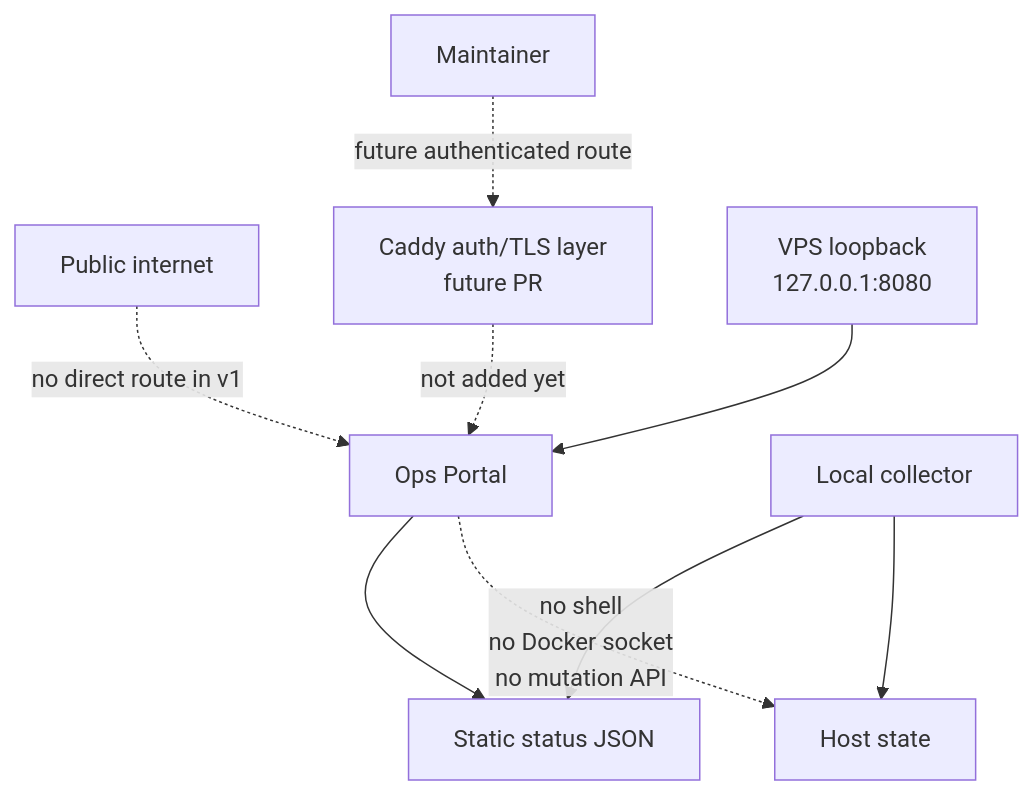
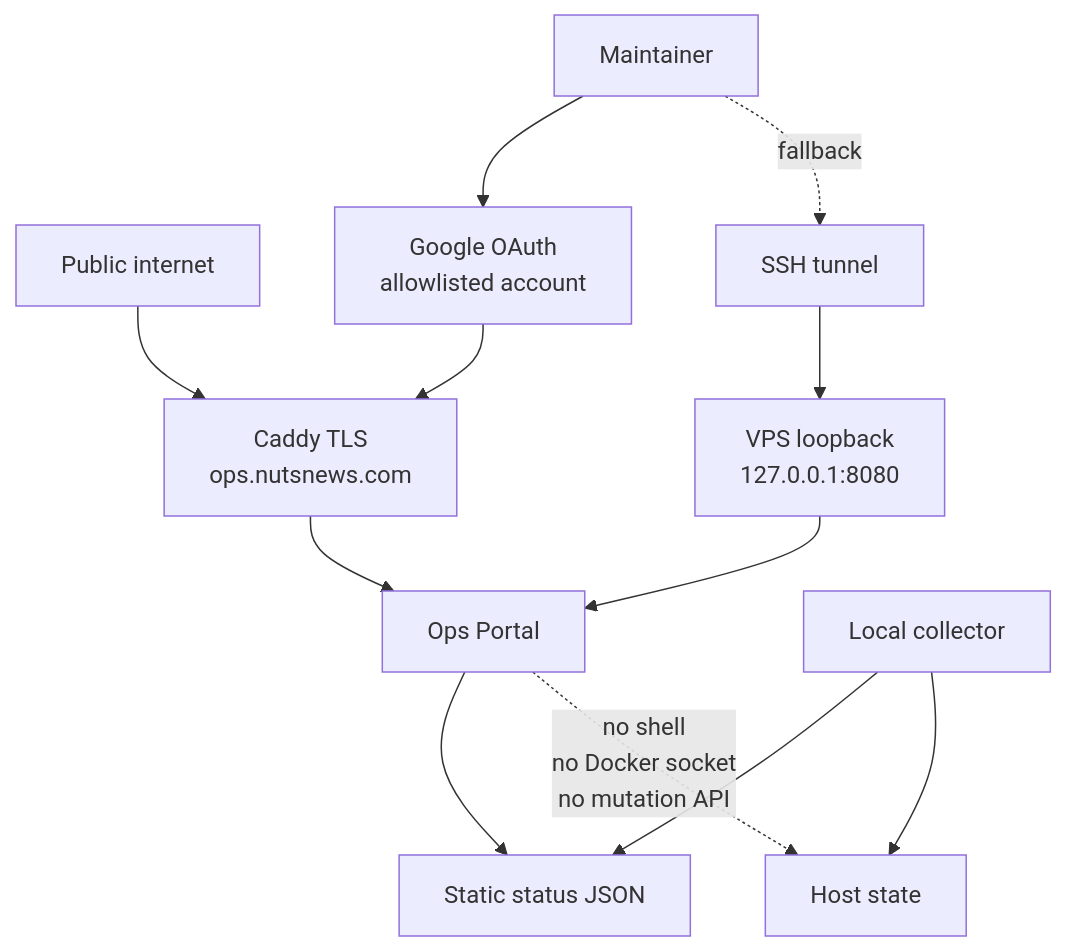
One commit to ramideltoro/nutsnews-docs changed the seventh of 7 diagrams in NUTSNEWS_OPERATIONS_PORTAL_V1.md. Above: the diagram before and after it, drawn with Mermaid. The commit also changed other lines of this file and 2 other files, not shown here.

Commit message:
Document public Ops Portal access

````diff
--- a/NUTSNEWS_OPERATIONS_PORTAL_V1.md
+++ b/NUTSNEWS_OPERATIONS_PORTAL_V1.md
@@ -298,11 +298,14 @@
 ```mermaid
 flowchart TD
-  internet["Public internet"] -. "no direct route in v1" .-> portal["Ops Portal"]
-  user["Maintainer"] -. "future authenticated route" .-> auth["Caddy auth/TLS layer\nfuture PR"]
-  auth -. "not added yet" .-> portal
-  vps["VPS loopback\n127.0.0.1:8080"] --> portal
+  internet["Public internet"] --> caddy["Caddy TLS\nops.nutsnews.com"]
+  user["Maintainer"] --> google["Google OAuth\nallowlisted account"]
+  google --> caddy
+  caddy --> portal["Ops Portal"]
+  user -. "fallback" .-> ssh["SSH tunnel"]
+  ssh --> vps["VPS loopback\n127.0.0.1:8080"]
+  vps --> portal
   portal --> json["Static status JSON"]
   collector["Local collector"] --> json
   collector --> host["Host state"]
   portal -. "no shell\nno Docker socket\nno mutation API" .-> host
 ```
````
